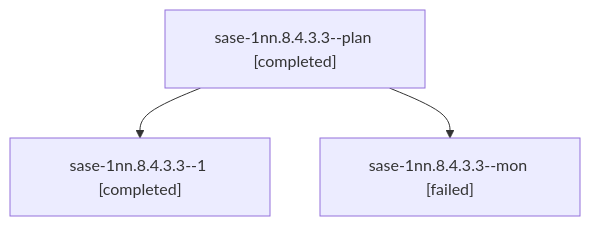
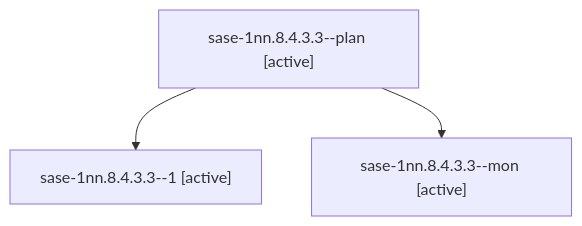
One commit to sase-org/sase--agents changed the diagram in sessions/bbugyi200.athena.sase-1nn.8.4.3.3.md. Above: the diagram before and after it, drawn with Mermaid. The commit also changed other lines of this file and 274 other files, not shown here.

````diff
--- a/sessions/bbugyi200.athena.sase-1nn.8.4.3.3.md
+++ b/sessions/bbugyi200.athena.sase-1nn.8.4.3.3.md
@@ -9,8 +9,8 @@
 ```mermaid
 flowchart TD
-  n0["sase-1nn.8.4.3.3--plan [completed]"]
-  n1["sase-1nn.8.4.3.3--1 [completed]"]
+  n0["sase-1nn.8.4.3.3--plan [active]"]
+  n1["sase-1nn.8.4.3.3--1 [active]"]
   n0 --> n1
-  n2["sase-1nn.8.4.3.3--mon [failed]"]
+  n2["sase-1nn.8.4.3.3--mon [active]"]
   n0 --> n2
 ```
````
